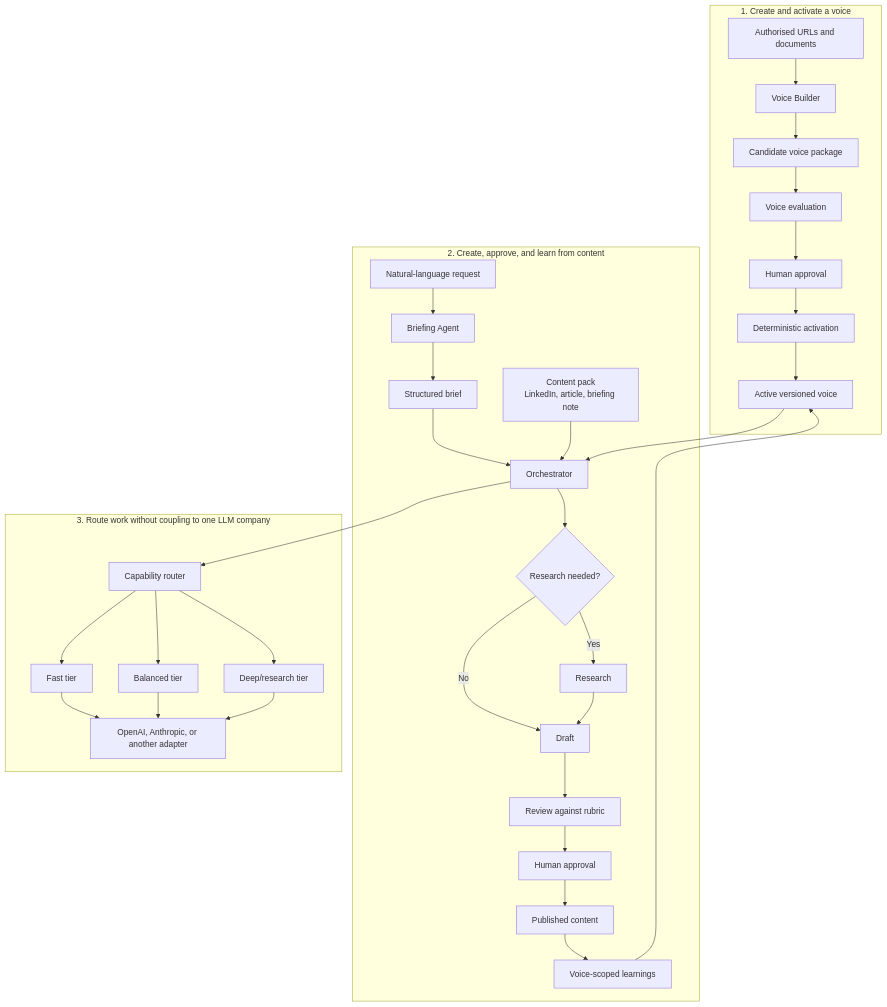
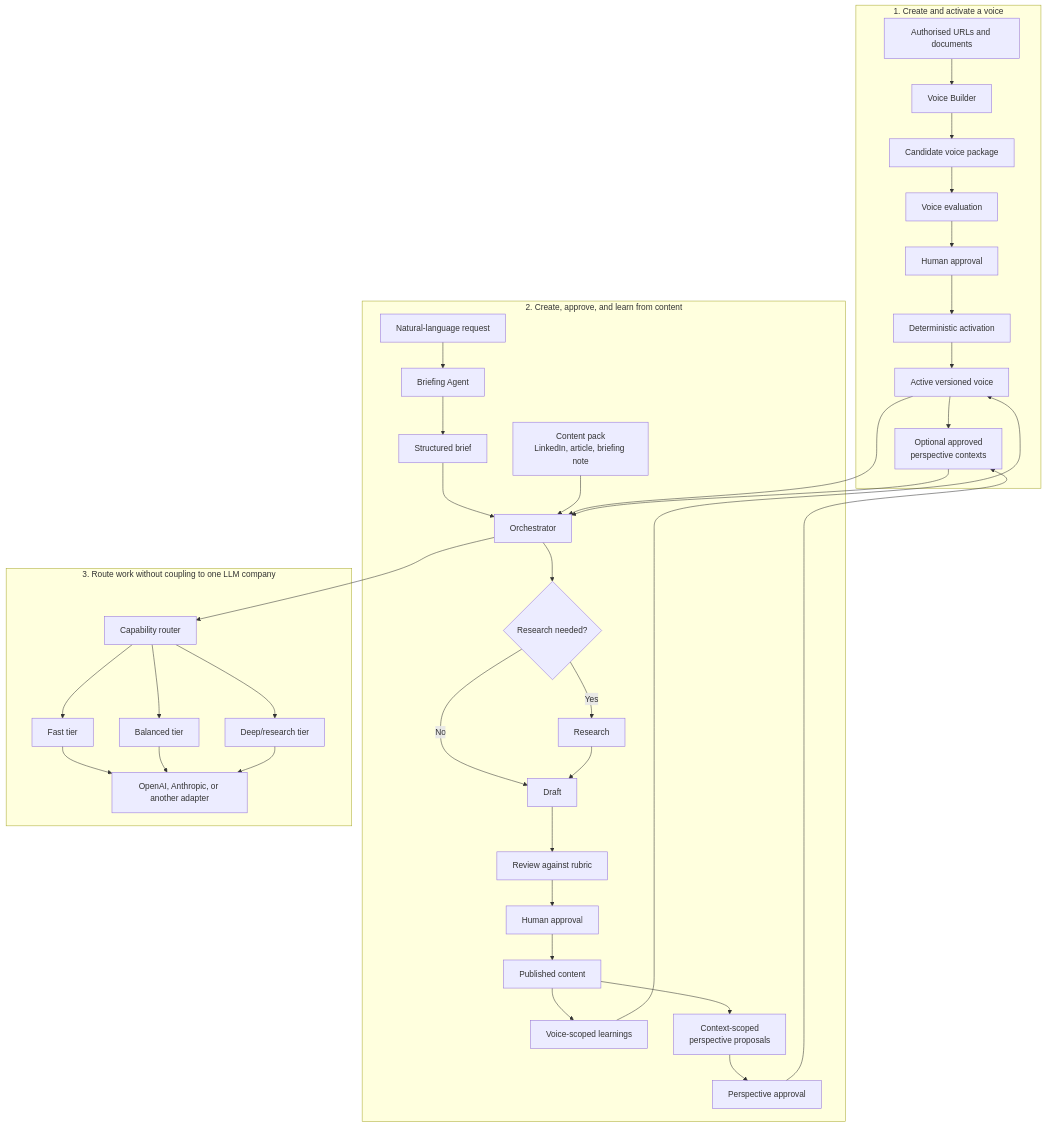
One commit to vadhoob90/Content_Creator_Core changed the diagram in README.md. Above: the diagram before and after it, drawn with Mermaid. The commit also changed other lines of this file and 32 other files, not shown here.

````diff
--- a/README.md
+++ b/README.md
@@ -15,38 +17,43 @@
 ```mermaid
 flowchart TD
     subgraph Voice["1. Create and activate a voice"]
         S["Authorised URLs and documents"] --> VB["Voice Builder"]
         VB --> VP["Candidate voice package"]
         VP --> VE["Voice evaluation"]
         VE --> VA["Human approval"]
         VA --> AC["Deterministic activation"]
         AC --> AV["Active versioned voice"]
+        AV --> PC["Optional approved<br/>perspective contexts"]
     end
 
     subgraph Content["2. Create, approve, and learn from content"]
         R["Natural-language request"] --> BA["Briefing Agent"]
         BA --> BR["Structured brief"]
         BR --> OR["Orchestrator"]
         PK["Content pack<br/>LinkedIn, article, briefing note"] --> OR
         AV --> OR
+        PC --> OR
         OR --> RD{"Research needed?"}
         RD -- "No" --> DR["Draft"]
         RD -- "Yes" --> RS["Research"]
         RS --> DR
         DR --> RV["Review against rubric"]
         RV --> HA["Human approval"]
         HA --> PB["Published content"]
         PB --> VL["Voice-scoped learnings"]
         VL --> AV
+        PB --> PP["Context-scoped<br/>perspective proposals"]
+        PP --> PPA["Perspective approval"]
+        PPA --> PC
     end
 
     subgraph Models["3. Route work without coupling to one LLM company"]
         OR --> RT["Capability router"]
         RT --> FT["Fast tier"]
         RT --> BT["Balanced tier"]
         RT --> DT["Deep/research tier"]
         FT --> PA["OpenAI, Anthropic, or another adapter"]
         BT --> PA
         DT --> PA
     end
 ```
````
